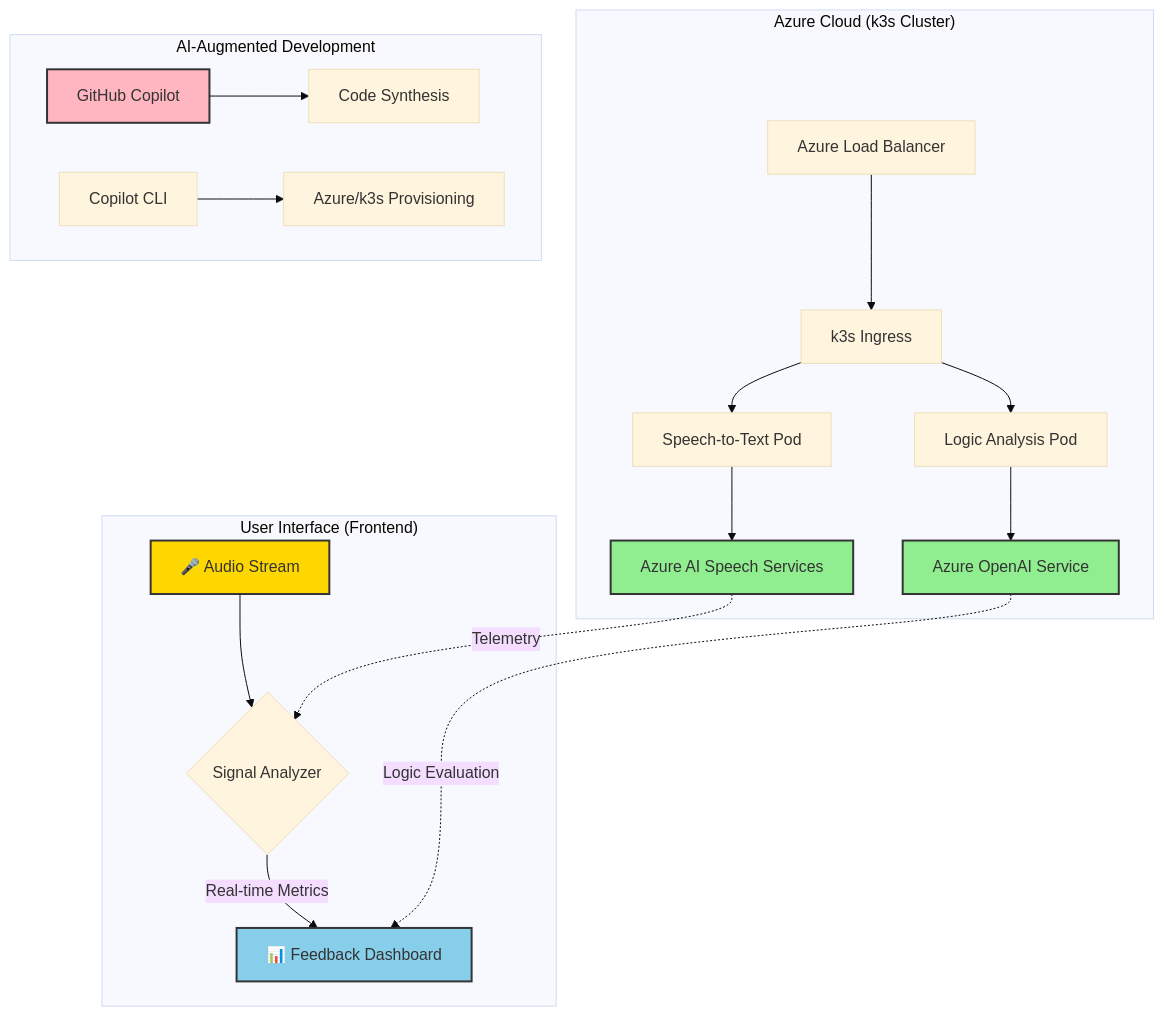
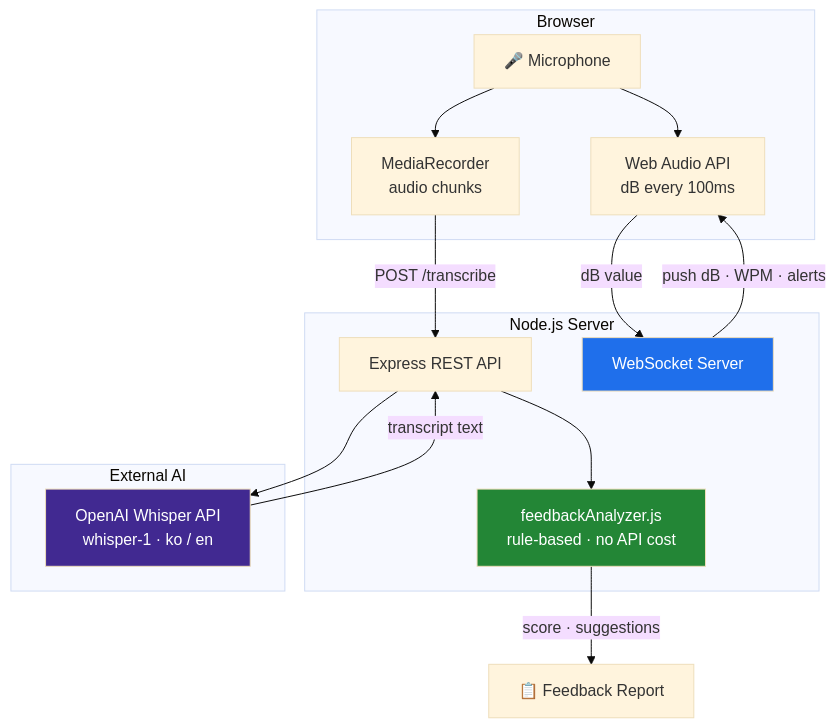
The second of 6 diagrams in README.md (bookseal/copilot_for_interviews), drawn with Mermaid (base theme) before and after one commit. The commit also changed other lines of this file and 3 other files, not shown here.

````diff
--- a/README.md
+++ b/README.md
@@ -21,29 +216,29 @@
 ```mermaid
 graph TD
-    subgraph "User Interface (Frontend)"
-        A[🎤 Audio Stream] --> B{Signal Analyzer}
-        B -->|Real-time Metrics| C[📊 Feedback Dashboard]
+    subgraph "Browser"
+        A[🎤 Microphone] --> B[Web Audio API\ndB every 100ms]
+        A --> C[MediaRecorder\naudio chunks]
     end
 
-    subgraph "Azure Cloud (k3s Cluster)"
-        D[Azure Load Balancer] --> E[k3s Ingress]
-        E --> F[Speech-to-Text Pod]
-        E --> G[Logic Analysis Pod]
-        F --> H[Azure AI Speech Services]
-        G --> I[Azure OpenAI Service]
+    subgraph "Node.js Server"
+        D[Express REST API]
+        E[WebSocket Server]
+        F[feedbackAnalyzer.js\nrule-based · no API cost]
     end
 
-    subgraph "AI-Augmented Development"
-        J[GitHub Copilot] --> K[Code Synthesis]
-        L[Copilot CLI] --> M[Azure/k3s Provisioning]
+    subgraph "External AI"
+        G[OpenAI Whisper API\nwhisper-1 · ko / en]
     end
 
-    H -.->|Telemetry| B
-    I -.->|Logic Evaluation| C
+    B -->|dB value| E
+    C -->|POST /transcribe| D
+    D --> G
+    G -->|transcript text| D
+    D --> F
+    E -->|push dB · WPM · alerts| B
+    F -->|score · suggestions| H[📋 Feedback Report]
 
-    style A fill:#FFD700,stroke:#333,stroke-width:2px
-    style C fill:#87CEEB,stroke:#333,stroke-width:2px
-    style H fill:#90EE90,stroke:#333,stroke-width:2px
-    style I fill:#90EE90,stroke:#333,stroke-width:2px
-    style J fill:#FFB6C1,stroke:#333,stroke-width:2px
+    style G fill:#412991,color:#fff
+    style F fill:#238636,color:#fff
+    style E fill:#1f6feb,color:#fff
 ```
````
